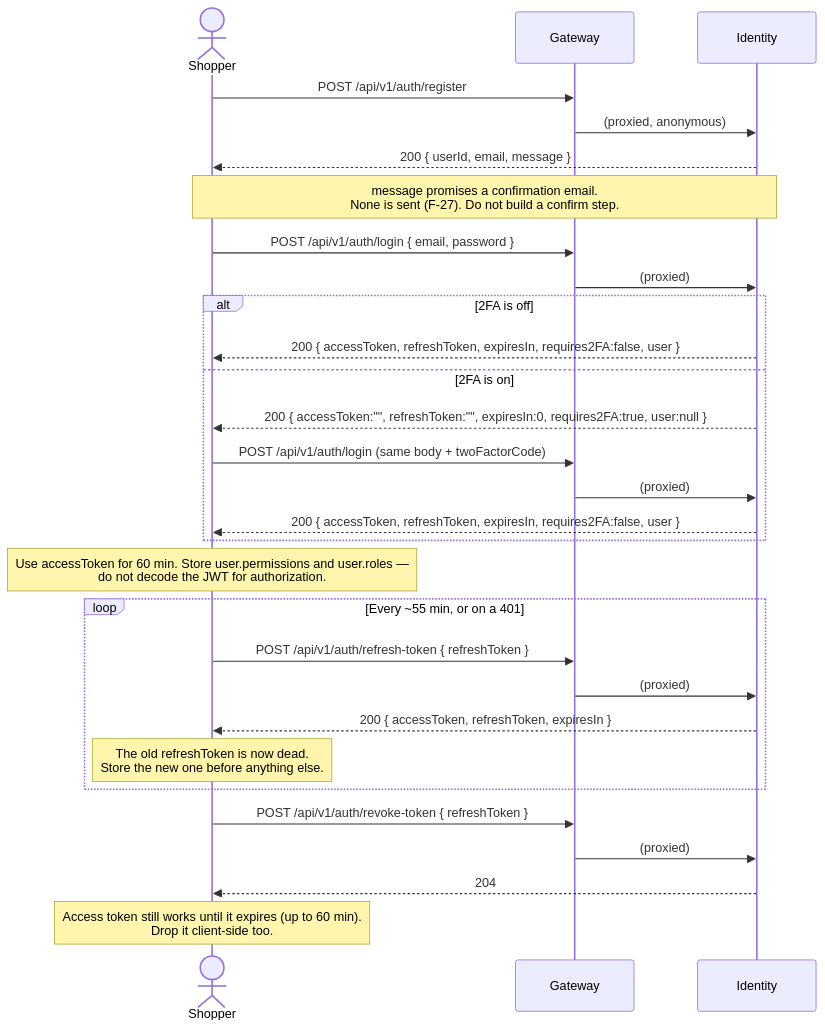
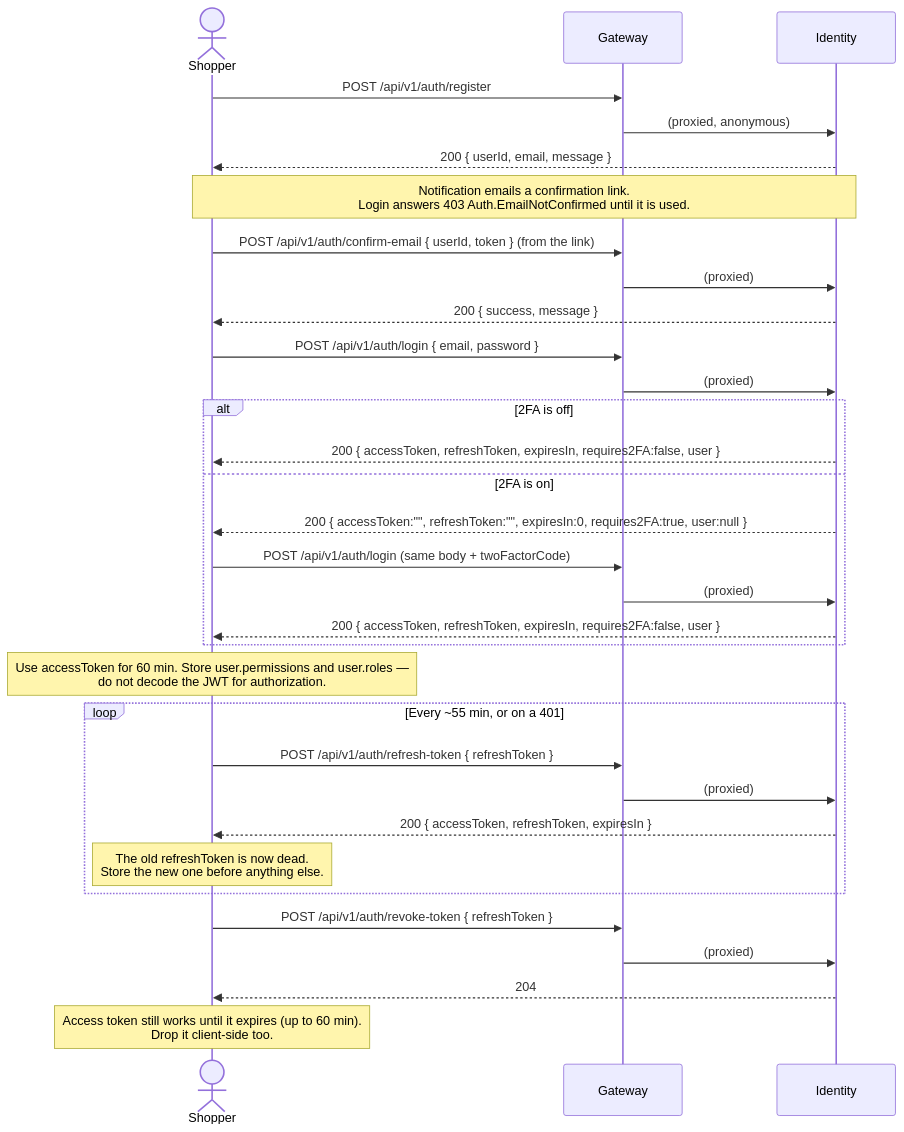
Before and after one commit to Granuch/EShop: the first of 6 diagrams in docs/01-overview/frontend/flows.md, drawn with Mermaid. The commit also changed other lines of this file and 73 other files, not shown here.

````diff
--- a/docs/01-overview/frontend/flows.md
+++ b/docs/01-overview/frontend/flows.md
@@ -25,36 +25,40 @@
 ```mermaid
 sequenceDiagram
     actor U as Shopper
     participant GW as Gateway
     participant ID as Identity
 
     U->>GW: POST /api/v1/auth/register
     GW->>ID: (proxied, anonymous)
     ID-->>U: 200 { userId, email, message }
-    Note over U,ID: message promises a confirmation email.<br/>None is sent (F-27). Do not build a confirm step.
+    Note over U,ID: Notification emails a confirmation link.<br/>Login answers 403 Auth.EmailNotConfirmed until it is used.
+
+    U->>GW: POST /api/v1/auth/confirm-email { userId, token } (from the link)
+    GW->>ID: (proxied)
+    ID-->>U: 200 { success, message }
 
     U->>GW: POST /api/v1/auth/login { email, password }
     GW->>ID: (proxied)
     alt 2FA is off
         ID-->>U: 200 { accessToken, refreshToken, expiresIn, requires2FA:false, user }
     else 2FA is on
         ID-->>U: 200 { accessToken:"", refreshToken:"", expiresIn:0, requires2FA:true, user:null }
         U->>GW: POST /api/v1/auth/login (same body + twoFactorCode)
         GW->>ID: (proxied)
         ID-->>U: 200 { accessToken, refreshToken, expiresIn, requires2FA:false, user }
     end
 
     Note over U: Use accessToken for 60 min. Store user.permissions and user.roles —<br/>do not decode the JWT for authorization.
 
     loop Every ~55 min, or on a 401
         U->>GW: POST /api/v1/auth/refresh-token { refreshToken }
         GW->>ID: (proxied)
         ID-->>U: 200 { accessToken, refreshToken, expiresIn }
         Note over U: The old refreshToken is now dead.<br/>Store the new one before anything else.
     end
 
     U->>GW: POST /api/v1/auth/revoke-token { refreshToken }
     GW->>ID: (proxied)
     ID-->>U: 204
     Note over U: Access token still works until it expires (up to 60 min).<br/>Drop it client-side too.
 ```
````
